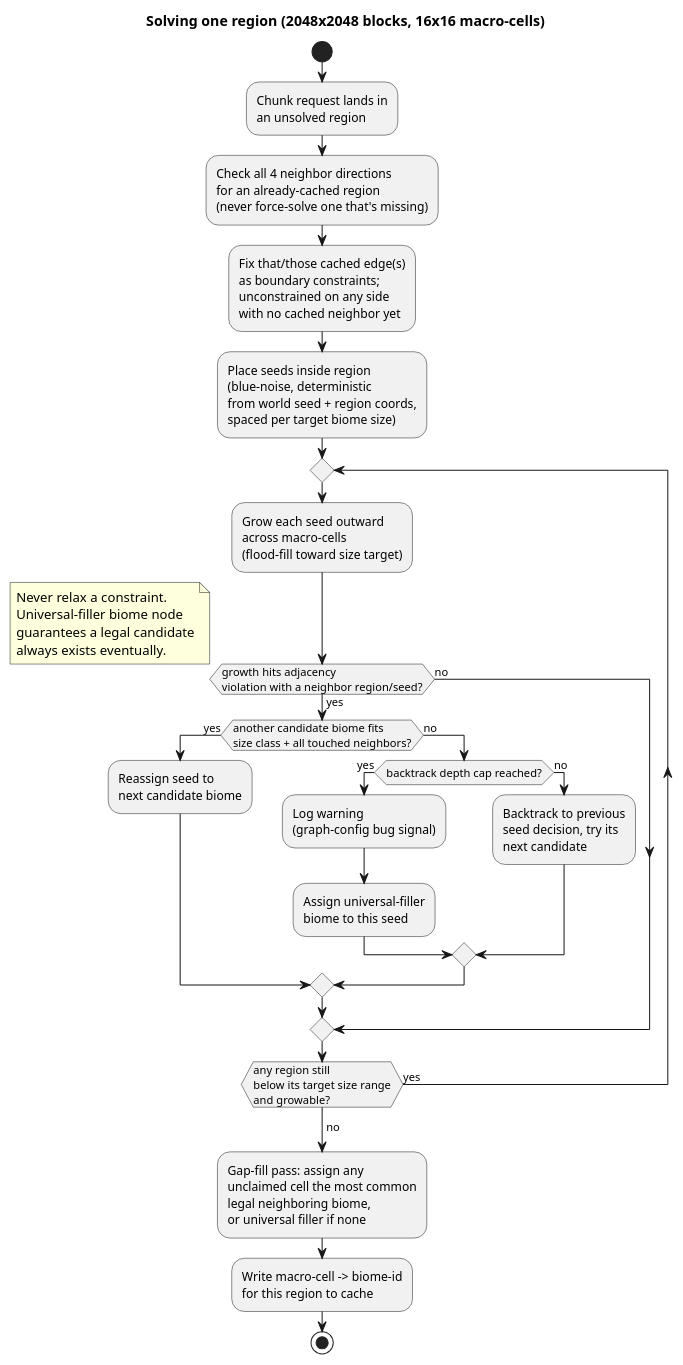
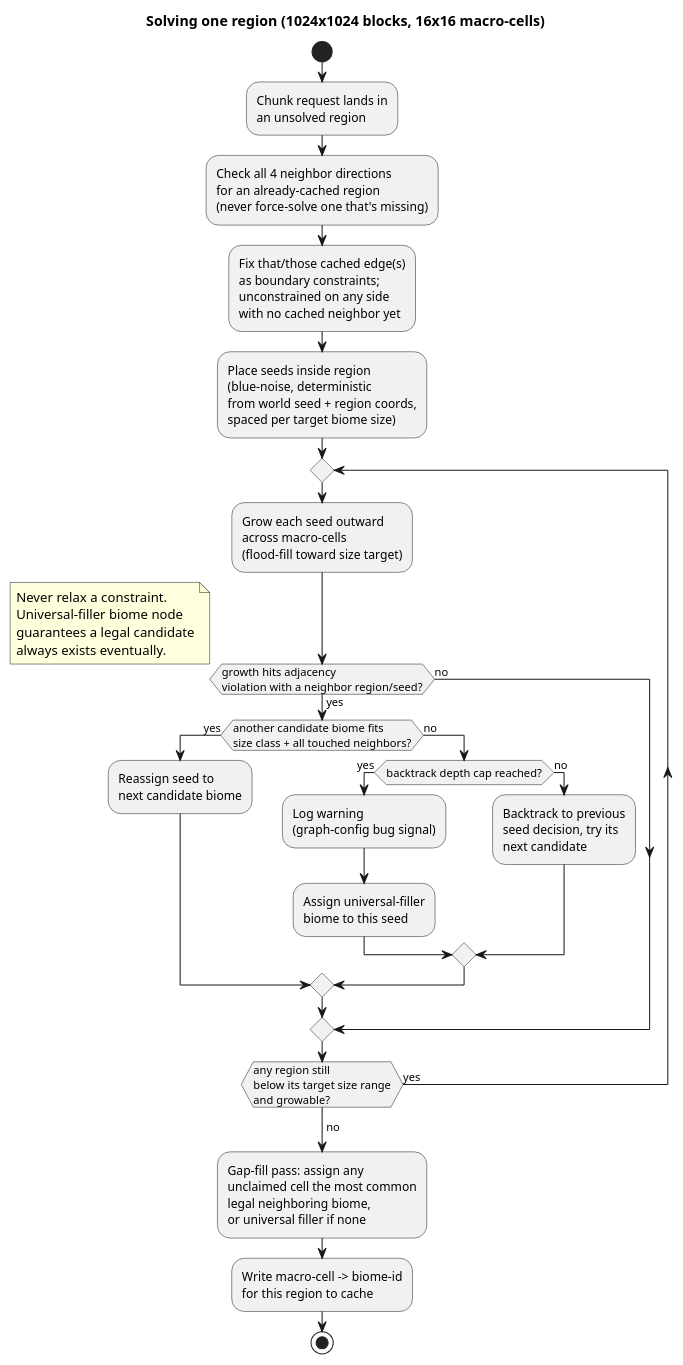
Before and after one commit to Boulede987/Mine-Utz: the diagram in companion-mods/mineutze-worldgen/doc/region-solve-activity.puml, drawn with PlantUML. The commit also changed 2 other files, not shown here.

Commit message:
Shrink macro-cell size from 128 to 64 blocks (4x4 chunks)
Live testing: 128-block cells read as far too coarse in-game. Tuning
from observed behavior rather than upfront math, per the placeholder
this always was. Region stays 16x16 cells, now 1024x1024 blocks
(down from 2048x2048). Ran deployToDevTest and deployMod.

```diff
--- a/companion-mods/mineutze-worldgen/doc/region-solve-activity.puml
+++ b/companion-mods/mineutze-worldgen/doc/region-solve-activity.puml
@@ -1,38 +1,38 @@
 @startuml
-title Solving one region (2048x2048 blocks, 16x16 macro-cells)
+title Solving one region (1024x1024 blocks, 16x16 macro-cells)
 
 start
 :Chunk request lands in\nan unsolved region;
 :Check all 4 neighbor directions\nfor an already-cached region\n(never force-solve one that's missing);
 :Fix that/those cached edge(s)\nas boundary constraints;\nunconstrained on any side\nwith no cached neighbor yet;
 :Place seeds inside region\n(blue-noise, deterministic\nfrom world seed + region coords,\nspaced per target biome size);
 
 repeat
   :Grow each seed outward\nacross macro-cells\n(flood-fill toward size target);
   if (growth hits adjacency\nviolation with a neighbor region/seed?) then (yes)
     if (another candidate biome fits\nsize class + all touched neighbors?) then (yes)
       :Reassign seed to\nnext candidate biome;
     else (no)
       if (backtrack depth cap reached?) then (yes)
         :Log warning\n(graph-config bug signal);
         :Assign universal-filler\nbiome to this seed;
       else (no)
         :Backtrack to previous\nseed decision, try its\nnext candidate;
       endif
     endif
   else (no)
   endif
 repeat while (any region still\nbelow its target size range\nand growable?) is (yes)
 ->no;
 
 note right
   Never relax a constraint.
   Universal-filler biome node
   guarantees a legal candidate
   always exists eventually.
 end note
 
 :Gap-fill pass: assign any\nunclaimed cell the most common\nlegal neighboring biome,\nor universal filler if none;
 :Write macro-cell -> biome-id\nfor this region to cache;
 stop
 @enduml
```
